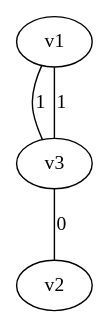
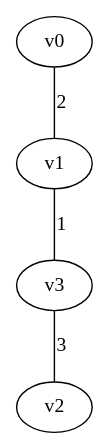
One commit to japie1235813/Algo_PA3 changed the diagram in outputs/gn4_dfs_2.dot. Above: the diagram before and after it, drawn with Graphviz. The commit also changed 6 other files, not shown here.

```diff
--- a/outputs/gn4_dfs_2.dot
+++ b/outputs/gn4_dfs_2.dot
@@ -1,5 +1,5 @@
 graph gn4_dfs {
+v0 -- v1 [label = 2];
 v1 -- v3 [label = 1];
-v1 -- v3 [label = 1];
-v3 -- v2 [label = 0];
+v3 -- v2 [label = 3];
 }
```
